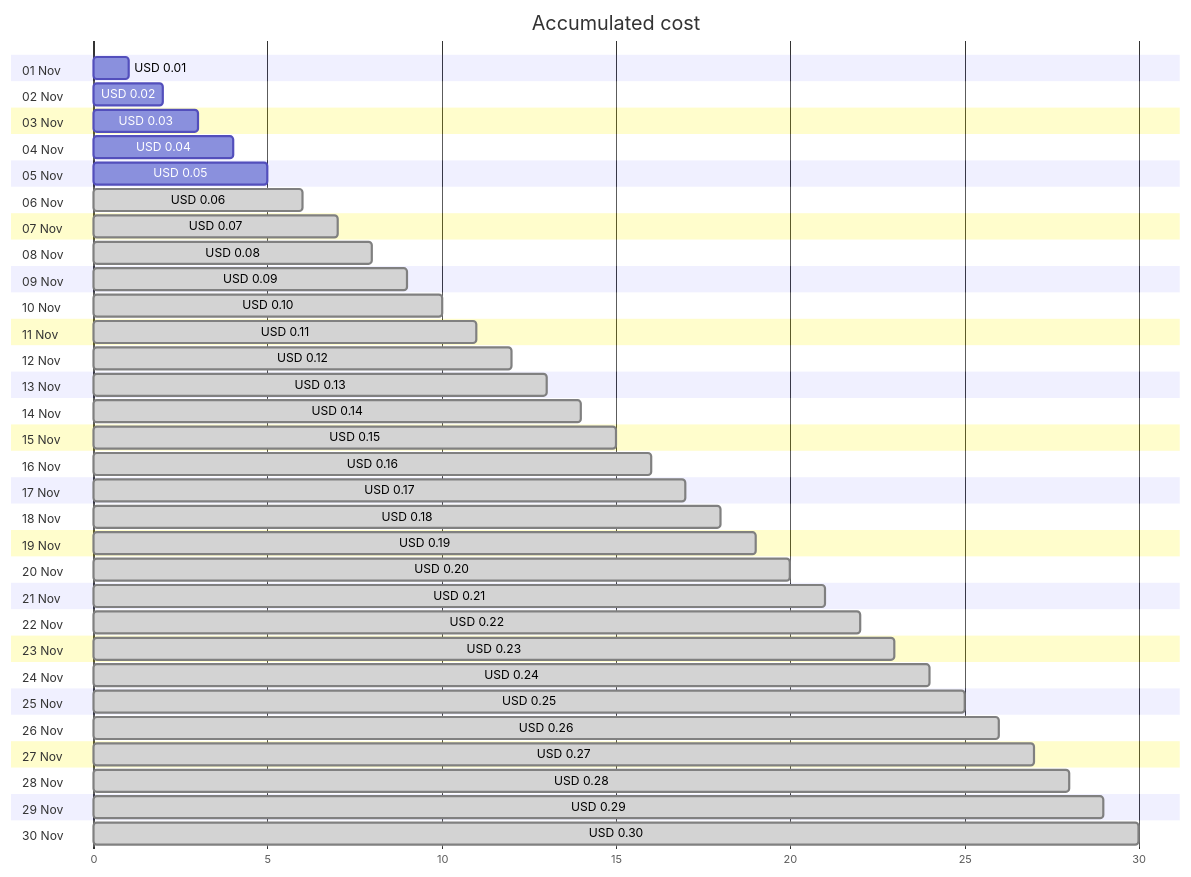
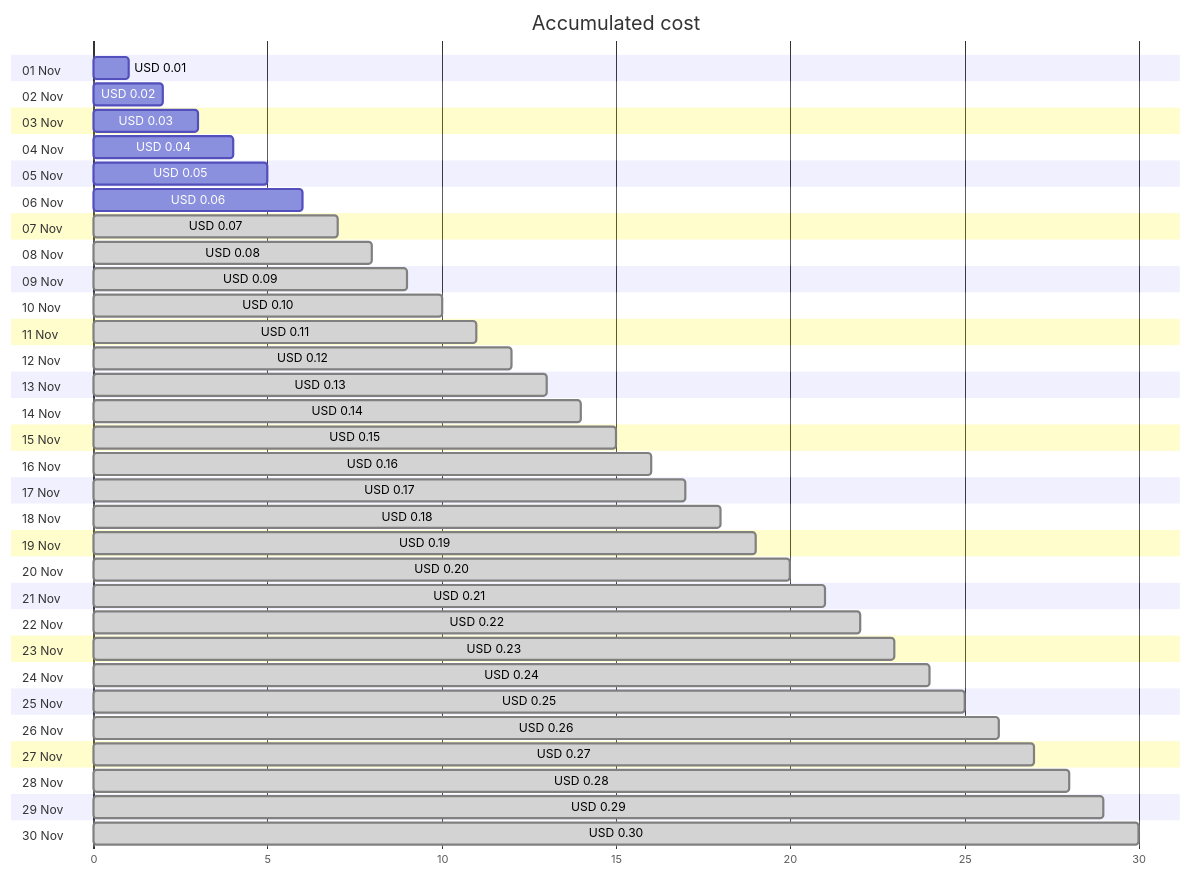
Before and after one commit to jpfulton/azure-personal-reports: the first of 4 diagrams in cost-reports/cloud-shell-storage-eastus/README.md, drawn with Mermaid. The commit also changed other lines of this file and 1 other file, not shown here.

````diff
--- a/cost-reports/cloud-shell-storage-eastus/README.md
+++ b/cost-reports/cloud-shell-storage-eastus/README.md
@@ -20,66 +20,66 @@
 ```mermaid
 gantt
    title Accumulated cost
    dateFormat  X
    axisFormat %s
    section 01 Nov
    USD 0.01 :0, 1
    section 02 Nov
    USD 0.02 :0, 2
    section 03 Nov
    USD 0.03 :0, 3
    section 04 Nov
    USD 0.04 :0, 4
    section 05 Nov
    USD 0.05 :0, 5
    section 06 Nov
-   USD 0.06 : done, 0, 6
+   USD 0.06 :0, 6
    section 07 Nov
    USD 0.07 : done, 0, 7
    section 08 Nov
    USD 0.08 : done, 0, 8
    section 09 Nov
    USD 0.09 : done, 0, 9
    section 10 Nov
    USD 0.10 : done, 0, 10
    section 11 Nov
    USD 0.11 : done, 0, 11
    section 12 Nov
    USD 0.12 : done, 0, 12
    section 13 Nov
    USD 0.13 : done, 0, 13
    section 14 Nov
    USD 0.14 : done, 0, 14
    section 15 Nov
    USD 0.15 : done, 0, 15
    section 16 Nov
    USD 0.16 : done, 0, 16
    section 17 Nov
    USD 0.17 : done, 0, 17
    section 18 Nov
    USD 0.18 : done, 0, 18
    section 19 Nov
    USD 0.19 : done, 0, 19
    section 20 Nov
    USD 0.20 : done, 0, 20
    section 21 Nov
    USD 0.21 : done, 0, 21
    section 22 Nov
    USD 0.22 : done, 0, 22
    section 23 Nov
    USD 0.23 : done, 0, 23
    section 24 Nov
    USD 0.24 : done, 0, 24
    section 25 Nov
    USD 0.25 : done, 0, 25
    section 26 Nov
    USD 0.26 : done, 0, 26
    section 27 Nov
    USD 0.27 : done, 0, 27
    section 28 Nov
    USD 0.28 : done, 0, 28
    section 29 Nov
    USD 0.29 : done, 0, 29
    section 30 Nov
    USD 0.30 : done, 0, 30
 ```
````
